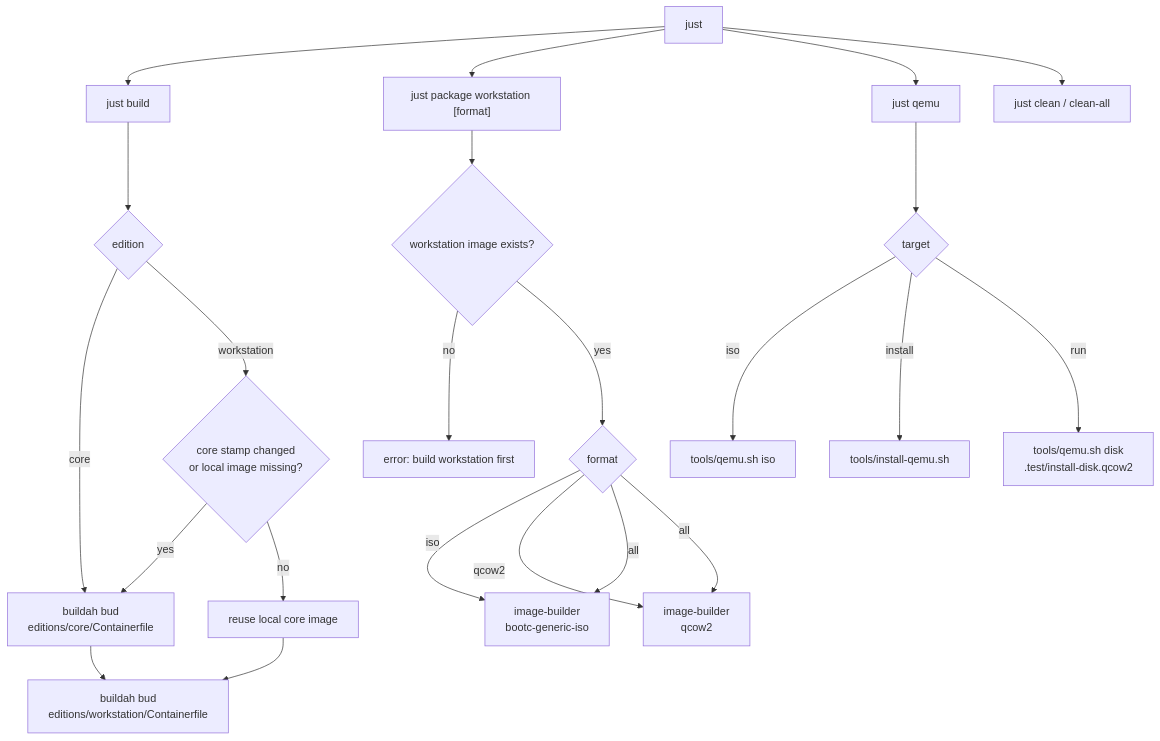
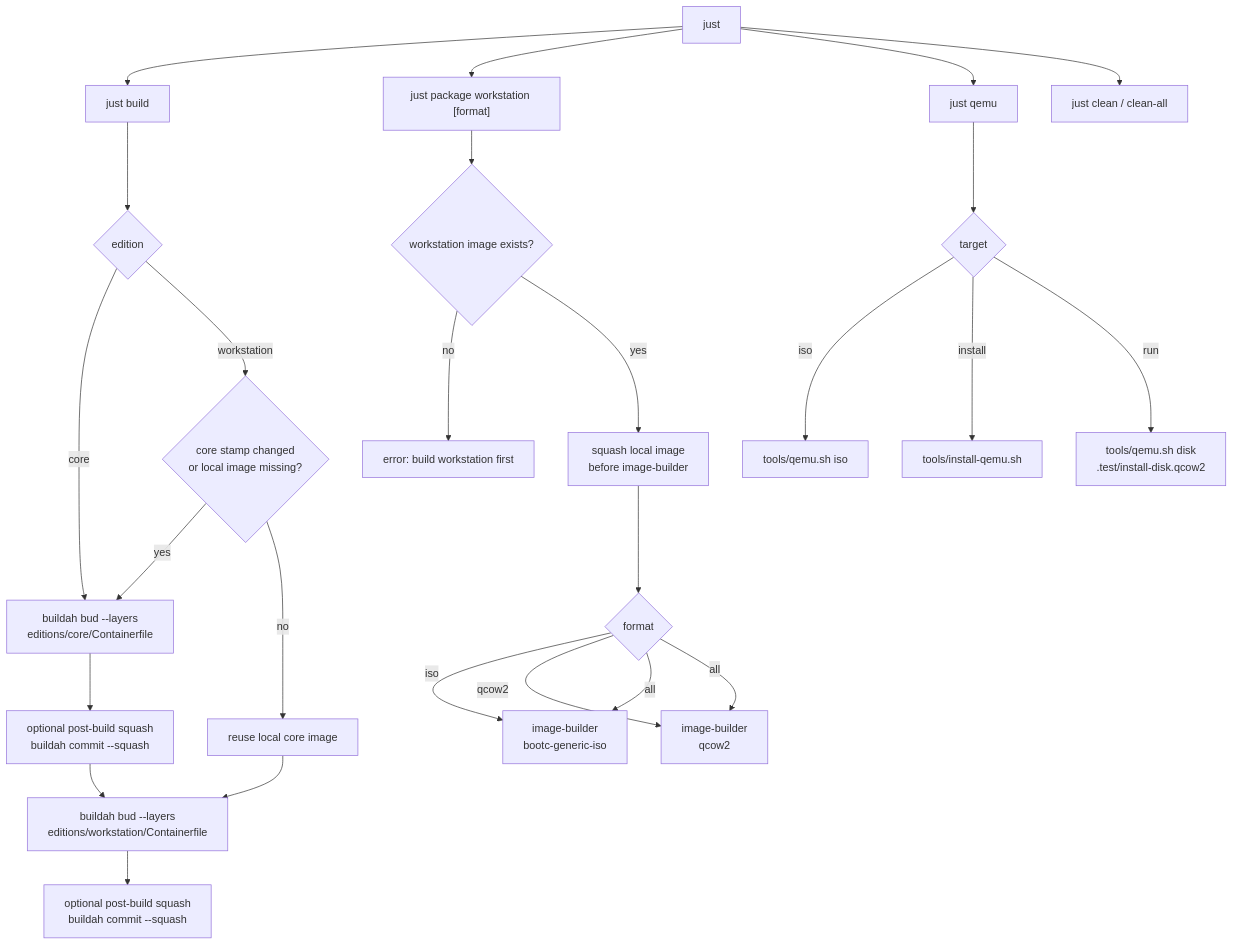
One commit to luminusOS/images changed the second of 15 diagrams in ARCHITECTURE.md. Above: the diagram before and after it, drawn with Mermaid. The commit also changed other lines of this file and 34 other files, not shown here.

````diff
--- a/ARCHITECTURE.md
+++ b/ARCHITECTURE.md
@@ -111,34 +113,37 @@
 ```mermaid
 flowchart TD
     Start["just <recipe>"]
     Build["just build <edition>"]
     Package["just package workstation [format]"]
     Qemu["just qemu <target>"]
     Clean["just clean / clean-all"]
 
     Start --> Build
     Start --> Package
     Start --> Qemu
     Start --> Clean
 
     Build --> Edition{"edition"}
-    Edition -->|core| BuildCore["buildah bud<br/>editions/core/Containerfile"]
+    Edition -->|core| BuildCore["buildah bud --layers<br/>editions/core/Containerfile"]
     Edition -->|workstation| CoreStamp{"core stamp changed<br/>or local image missing?"}
     CoreStamp -->|yes| BuildCore
     CoreStamp -->|no| ReuseCore["reuse local core image"]
-    BuildCore --> BuildWorkstation["buildah bud<br/>editions/workstation/Containerfile"]
+    BuildCore --> SquashCore["optional post-build squash<br/>buildah commit --squash"]
+    SquashCore --> BuildWorkstation["buildah bud --layers<br/>editions/workstation/Containerfile"]
     ReuseCore --> BuildWorkstation
+    BuildWorkstation --> SquashWorkstation["optional post-build squash<br/>buildah commit --squash"]
 
     Package --> ImageExists{"workstation image exists?"}
     ImageExists -->|no| PackageError["error: build workstation first"]
-    ImageExists -->|yes| Format{"format"}
+    ImageExists -->|yes| PackageSquash["squash local image<br/>before image-builder"]
+    PackageSquash --> Format{"format"}
     Format -->|iso| ISO["image-builder<br/>bootc-generic-iso"]
     Format -->|qcow2| QCOW2["image-builder<br/>qcow2"]
     Format -->|all| ISO
     Format -->|all| QCOW2
 
     Qemu --> Target{"target"}
     Target -->|iso| QemuISO["tools/qemu.sh iso"]
     Target -->|install| QemuInstall["tools/install-qemu.sh"]
     Target -->|run| QemuRun["tools/qemu.sh disk<br/>.test/install-disk.qcow2"]
 ```
````
